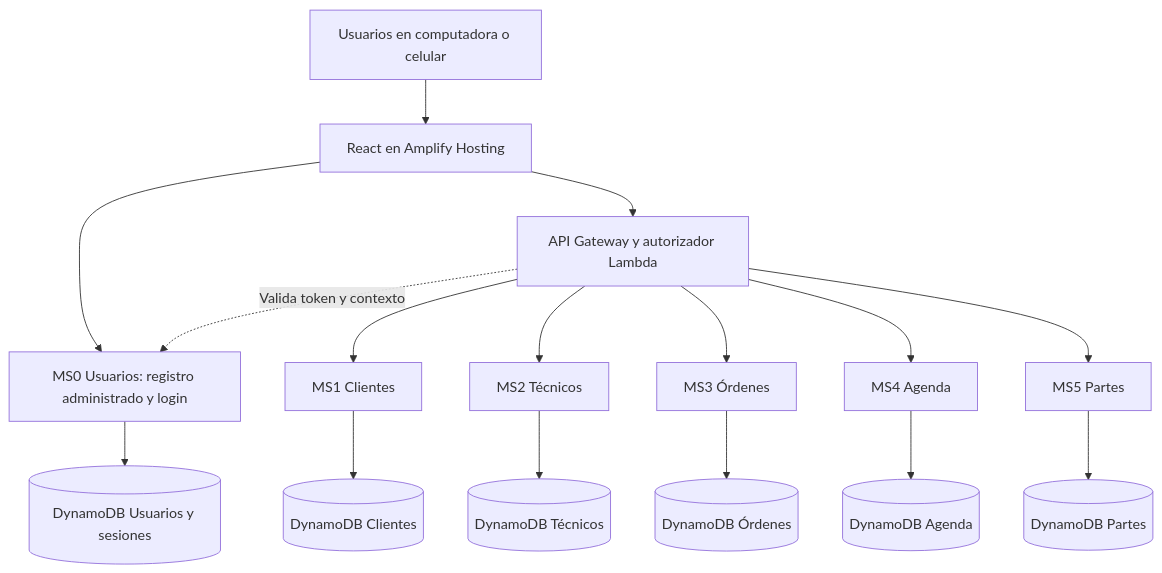
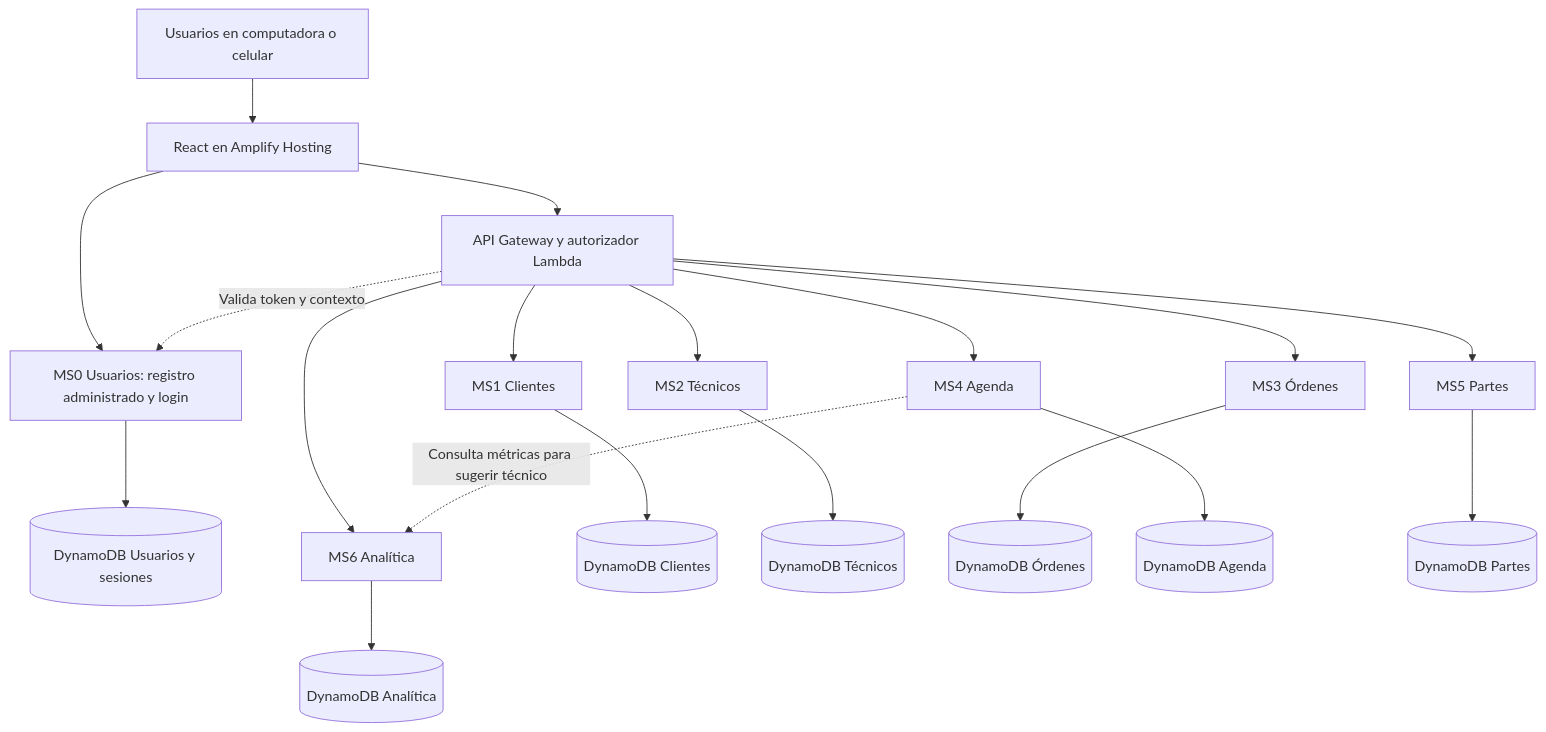
The second of 12 diagrams in ideas/proposal.md (rvcuba-utec/cloud-project-v2), drawn with Mermaid before and after one commit. The commit also changed other lines of this file, not shown here.

````diff
--- a/ideas/proposal.md
+++ b/ideas/proposal.md
@@ -251,20 +262,23 @@
 ```mermaid
 flowchart TD
     U["Usuarios en computadora o celular"] --> WEB["React en Amplify Hosting"]
     WEB --> API["API Gateway y autorizador Lambda"]
     WEB --> UAPI["MS0 Usuarios: registro administrado y login"]
     UAPI --> DU[("DynamoDB Usuarios y sesiones")]
     API -. "Valida token y contexto" .-> UAPI
 
     API --> C["MS1 Clientes"]
     API --> T["MS2 Técnicos"]
     API --> O["MS3 Órdenes"]
     API --> A["MS4 Agenda"]
     API --> P["MS5 Partes"]
+    API --> AN["MS6 Analítica"]
+    A -. "Consulta métricas para sugerir técnico" .-> AN
 
     C --> DC[("DynamoDB Clientes")]
     T --> DT[("DynamoDB Técnicos")]
     O --> DO[("DynamoDB Órdenes")]
     A --> DA[("DynamoDB Agenda")]
     P --> DP[("DynamoDB Partes")]
+    AN --> DAN[("DynamoDB Analítica")]
 ```
````
